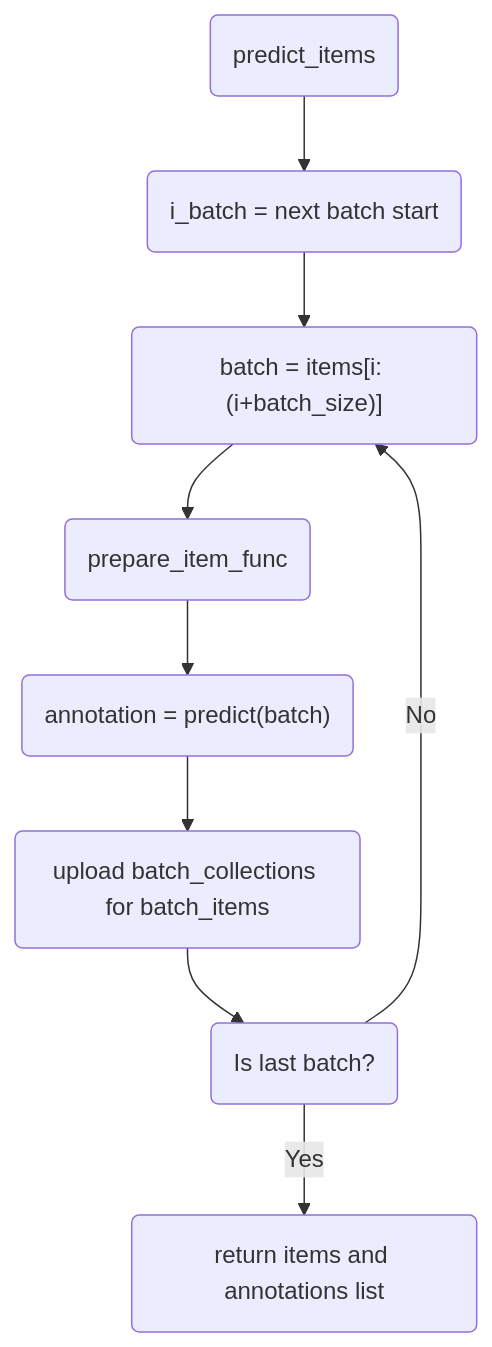
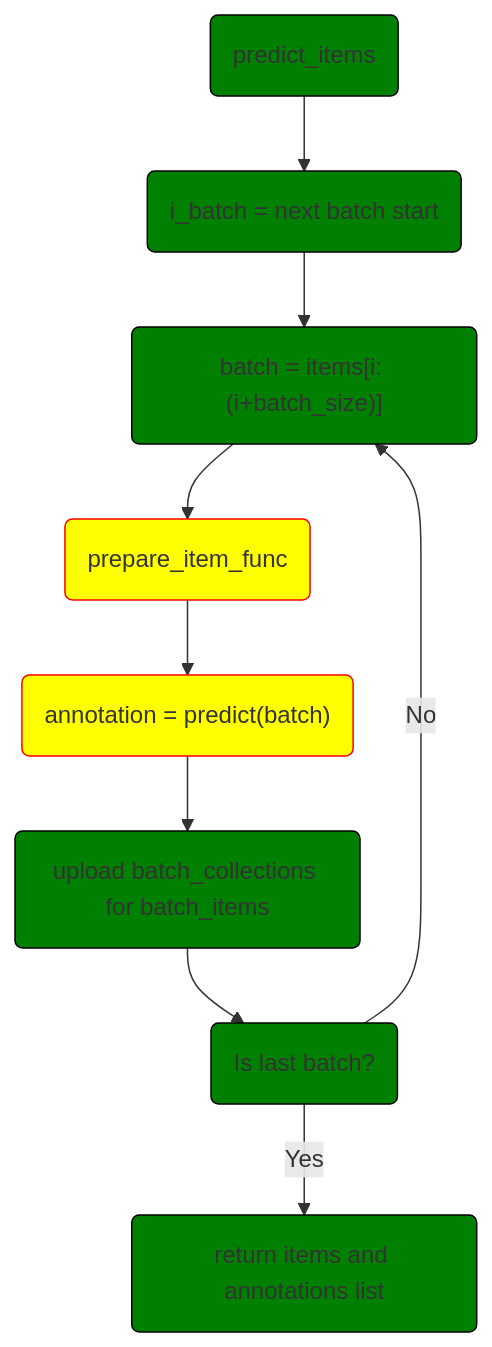
One commit to dataloop-ai/dtlpy-documentation changed the third of 5 diagrams in tutorials/model_management/advance/model_adapter_flows/chapter.md. Above: the diagram before and after it, drawn with Mermaid. The commit also changed other lines of this file and 1 other file, not shown here.

Commit message:
Adding remaining doc flows

````diff
--- a/tutorials/model_management/advance/model_adapter_flows/chapter.md
+++ b/tutorials/model_management/advance/model_adapter_flows/chapter.md
@@ -59,14 +65,23 @@
 ```mermaid
 flowchart TB
     id1(predict_items)-->
     id2(i_batch = next batch start)-->
     id3("batch = items[i: (i+batch_size)]")-->
     id4("prepare_item_func")-->
     id5("annotation = predict(batch)")-->
     id6("upload batch_collections for batch_items")-->
     id7("Is last batch?")
     id8("return items and annotations list")
     id7 -->|No| id3
     id7 -->|Yes| id8
-
+    style id1 fill:green, stroke: black
+    style id2 fill:green, stroke: black
+    style id3 fill:green, stroke: black
+    style id4 fill:yellow, stroke: red
+    style id5 fill:yellow, stroke: red
+    style id6 fill:green, stroke: black
+    style id7 fill:green, stroke: black
+    style id8 fill:green, stroke: black
+    click id4 "./#prepare_item_func"
+    click id5 "./#predict"
 ```
````
